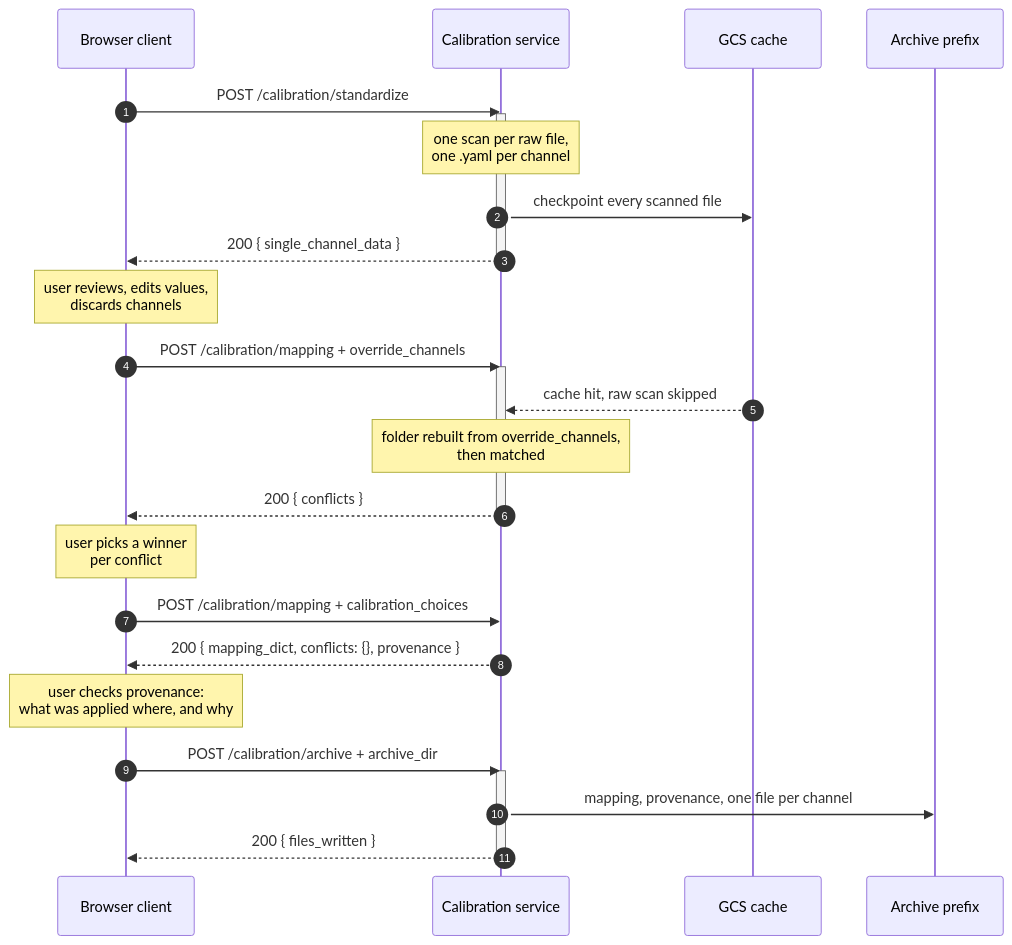
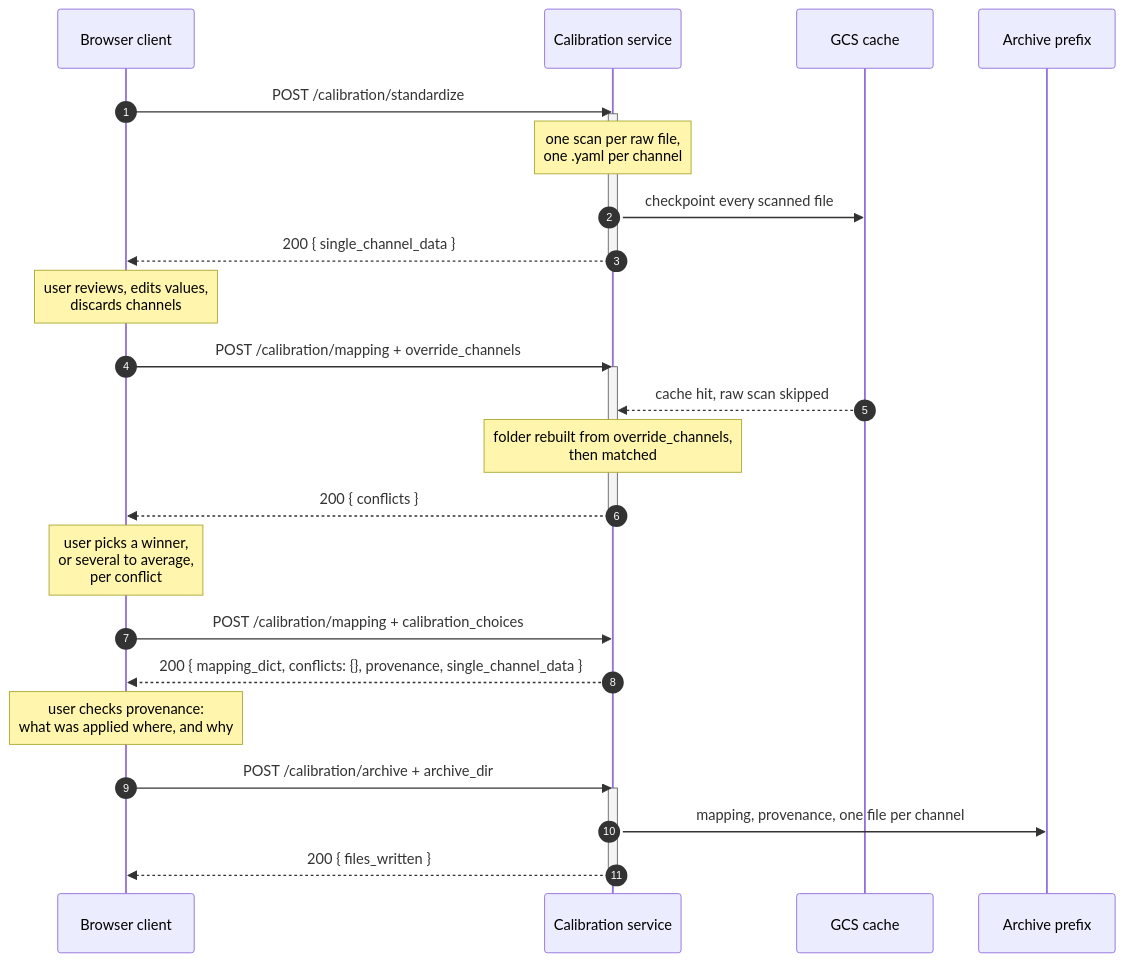
Before and after one commit to BLayman-NOAA/AA-SI_calibration: the diagram in recipes/documentation/calibration_service_api.md, drawn with Mermaid. The commit also changed other lines of this file and 28 other files, not shown here.

````diff
--- a/recipes/documentation/calibration_service_api.md
+++ b/recipes/documentation/calibration_service_api.md
@@ -54,37 +56,37 @@
 ```mermaid
 sequenceDiagram
     autonumber
     participant B as Browser client
     participant S as Calibration service
     participant G as GCS cache
     participant A as Archive prefix
 
     B->>S: POST /calibration/standardize
     activate S
     Note over S: one scan per raw file,<br/>one .yaml per channel
     S->>G: checkpoint every scanned file
     S-->>B: 200 { single_channel_data }
     deactivate S
 
     Note over B: user reviews, edits values,<br/>discards channels
 
     B->>S: POST /calibration/mapping + override_channels
     activate S
     G-->>S: cache hit, raw scan skipped
     Note over S: folder rebuilt from override_channels,<br/>then matched
     S-->>B: 200 { conflicts }
     deactivate S
 
-    Note over B: user picks a winner<br/>per conflict
+    Note over B: user picks a winner,<br/>or several to average,<br/>per conflict
 
     B->>S: POST /calibration/mapping + calibration_choices
-    S-->>B: 200 { mapping_dict, conflicts: {}, provenance }
+    S-->>B: 200 { mapping_dict, conflicts: {}, provenance, single_channel_data }
 
     Note over B: user checks provenance:<br/>what was applied where, and why
 
     B->>S: POST /calibration/archive + archive_dir
     activate S
     S->>A: mapping, provenance, one file per channel
     S-->>B: 200 { files_written }
     deactivate S
 ```
````
